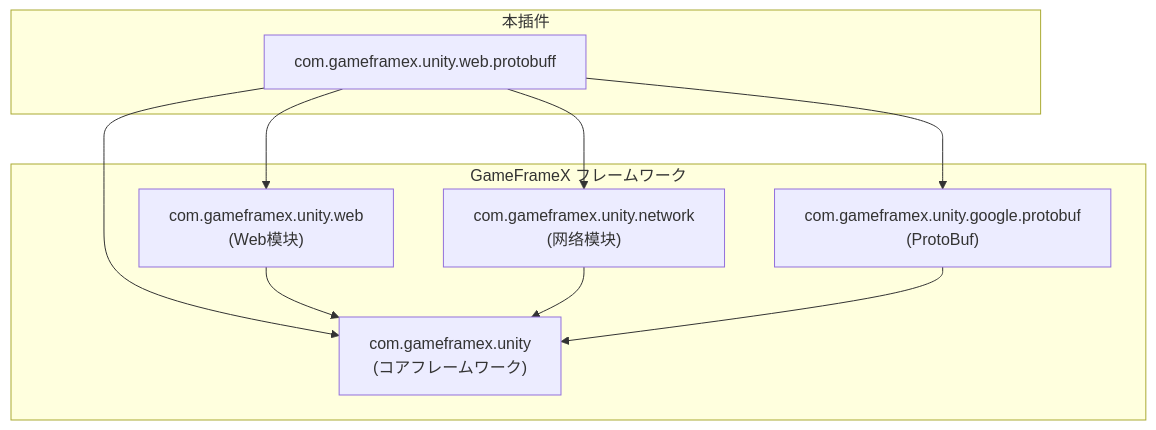
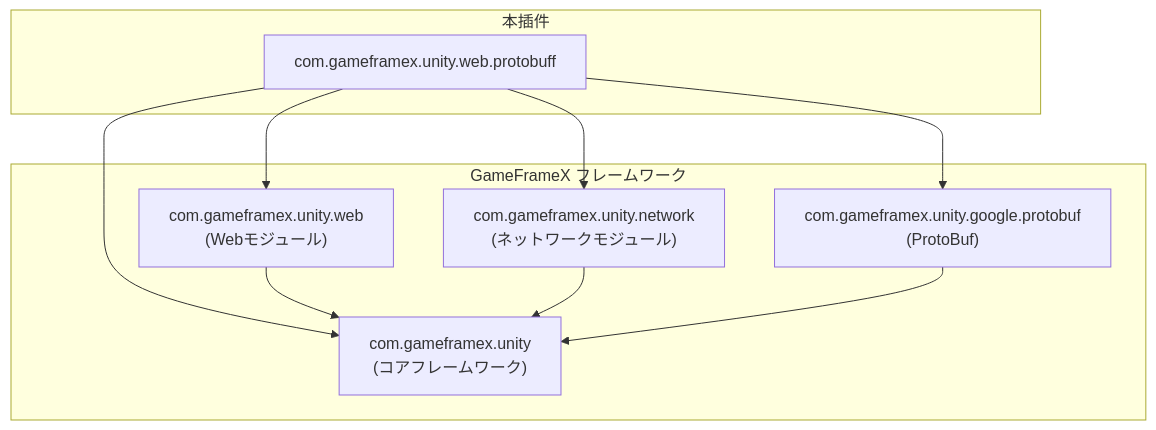
One commit to AlianBlank/GameFrameX.Docs changed the first of 3 diagrams in docs/ja/client/unity/component/web-protobuff/05.dependencies.md. Above: the diagram before and after it, drawn with Mermaid. The commit also changed other lines of this file and 320 other files, not shown here.

````diff
--- a/docs/ja/client/unity/component/web-protobuff/05.dependencies.md
+++ b/docs/ja/client/unity/component/web-protobuff/05.dependencies.md
@@ -37,22 +37,22 @@
 ```mermaid
 flowchart TD
     subgraph GameFrameX["GameFrameX フレームワーク"]
         Core["com.gameframex.unity<br/>(コアフレームワーク)"]
-        Web["com.gameframex.unity.web<br/>(Web模块)"]
-        Network["com.gameframex.unity.network<br/>(网络模块)"]
+        Web["com.gameframex.unity.web<br/>(Webモジュール)"]
+        Network["com.gameframex.unity.network<br/>(ネットワークモジュール)"]
         ProtoBuf["com.gameframex.unity.google.protobuf<br/>(ProtoBuf)"]
     end
     
     subgraph ThisPlugin["本插件"]
         WebProtoBuff["com.gameframex.unity.web.protobuff"]
     end
     
     WebProtoBuff --> Core
     WebProtoBuff --> Web
     WebProtoBuff --> Network
     WebProtoBuff --> ProtoBuf
     
     Web --> Core
     Network --> Core
     ProtoBuf --> Core
 ```
````
